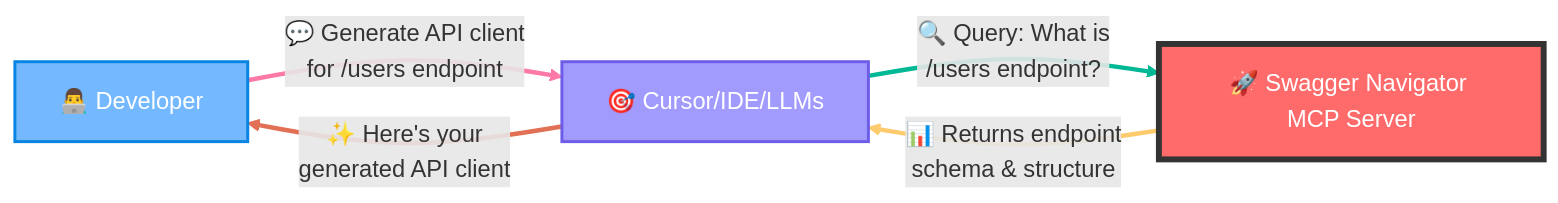
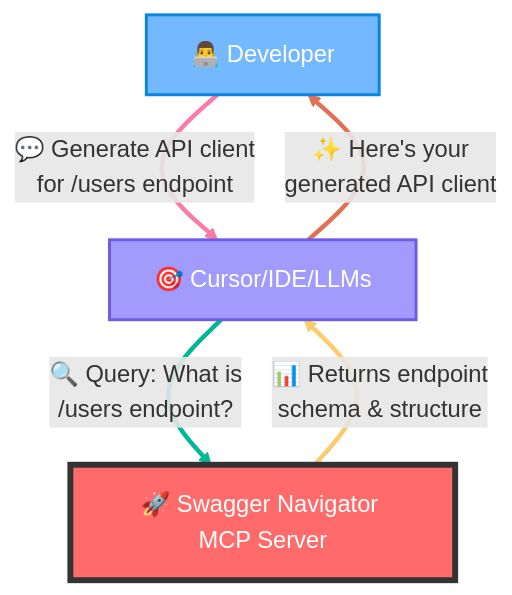
Before and after one commit to aaydin-tr/swagger-navigator-mcp: the diagram in README.md, drawn with Mermaid.

````diff
--- a/README.md
+++ b/README.md
@@ -15,16 +15,16 @@
 ```mermaid
-flowchart LR
+flowchart TD
     A[👨‍💻 Developer] -->|"💬 Generate API client<br/>for /users endpoint"| B[🎯 Cursor/IDE/LLMs]
     B -->|"🔍 Query: What is<br/>/users endpoint?"| C[🚀 Swagger Navigator MCP Server]
     C -->|"📊 Returns endpoint<br/>schema & structure"| B
     B -->|"✨ Here's your<br/>generated API client"| A
 
     style A fill:#74b9ff,stroke:#0984e3,stroke-width:2px,color:#fff
     style B fill:#a29bfe,stroke:#6c5ce7,stroke-width:2px,color:#fff
     style C fill:#ff6b6b,stroke:#333,stroke-width:4px,color:#fff
 
     linkStyle 0 stroke:#fd79a8,stroke-width:3px
     linkStyle 1 stroke:#00b894,stroke-width:3px
     linkStyle 2 stroke:#fdcb6e,stroke-width:3px
     linkStyle 3 stroke:#e17055,stroke-width:3px
 ```
````
